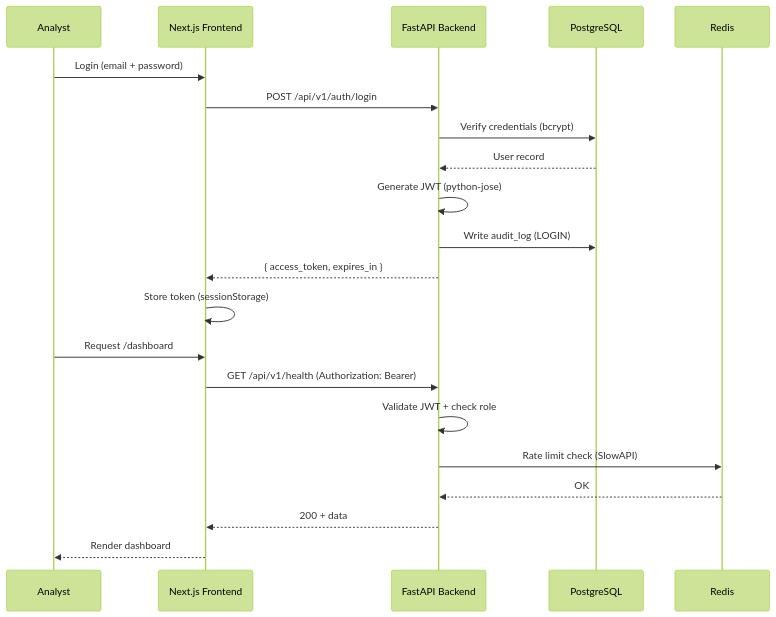
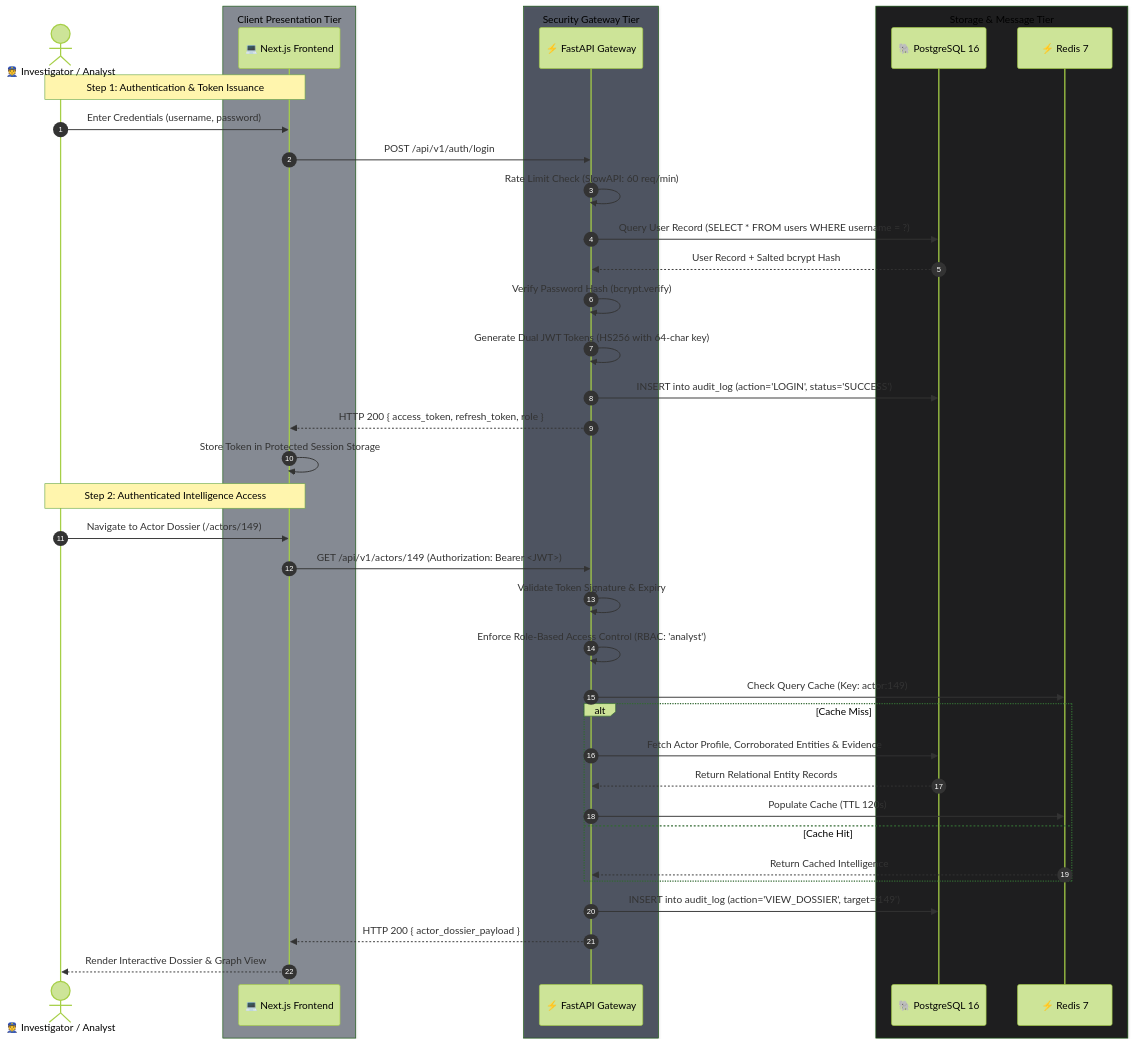
Before and after one commit to Swaggyop/netra: the ninth of 10 diagrams in README.md, drawn with Mermaid (forest theme). The commit also changed other lines of this file, not shown here.

````diff
--- a/README.md
+++ b/README.md
@@ -621,25 +799,44 @@
 ```mermaid
 sequenceDiagram
-    participant U as Analyst
-    participant FE as Next.js Frontend
-    participant API as FastAPI Backend
-    participant DB as PostgreSQL
-    participant R as Redis
+    autonumber
+    actor Analyst as 👮 Investigator / Analyst
+    box rgba(30, 41, 59, 0.5) Client Presentation Tier
+        participant FE as 💻 Next.js Frontend
+    end
+    box rgba(15, 23, 42, 0.7) Security Gateway Tier
+        participant API as ⚡ FastAPI Gateway
+    end
+    box rgba(9, 9, 11, 0.9) Storage & Message Tier
+        participant DB as 🐘 PostgreSQL 16
+        participant RD as ⚡ Redis 7
+    end
 
-    U->>FE: Login (email + password)
+    Note over Analyst,FE: Step 1: Authentication & Token Issuance
+    Analyst->>FE: Enter Credentials (username, password)
     FE->>API: POST /api/v1/auth/login
-    API->>DB: Verify credentials (bcrypt)
-    DB-->>API: User record
-    API->>API: Generate JWT (python-jose)
-    API->>DB: Write audit_log (LOGIN)
-    API-->>FE: { access_token, expires_in }
-    FE->>FE: Store token (sessionStorage)
+    API->>API: Rate Limit Check (SlowAPI: 60 req/min)
+    API->>DB: Query User Record (SELECT * FROM users WHERE username = ?)
+    DB-->>API: User Record + Salted bcrypt Hash
+    API->>API: Verify Password Hash (bcrypt.verify)
+    API->>API: Generate Dual JWT Tokens (HS256 with 64-char key)
+    API->>DB: INSERT into audit_log (action='LOGIN', status='SUCCESS')
+    API-->>FE: HTTP 200 { access_token, refresh_token, role }
+    FE->>FE: Store Token in Protected Session Storage
 
-    U->>FE: Request /dashboard
-    FE->>API: GET /api/v1/health (Authorization: Bearer)
-    API->>API: Validate JWT + check role
-    API->>R: Rate limit check (SlowAPI)
-    R-->>API: OK
-    API-->>FE: 200 + data
-    FE-->>U: Render dashboard
+    Note over Analyst,FE: Step 2: Authenticated Intelligence Access
+    Analyst->>FE: Navigate to Actor Dossier (/actors/149)
+    FE->>API: GET /api/v1/actors/149 (Authorization: Bearer <JWT>)
+    API->>API: Validate Token Signature & Expiry
+    API->>API: Enforce Role-Based Access Control (RBAC: 'analyst')
+    API->>RD: Check Query Cache (Key: actor:149)
+    alt Cache Miss
+        API->>DB: Fetch Actor Profile, Corroborated Entities & Evidence
+        DB-->>API: Return Relational Entity Records
+        API->>RD: Populate Cache (TTL 120s)
+    else Cache Hit
+        RD-->>API: Return Cached Intelligence
+    end
+    API->>DB: INSERT into audit_log (action='VIEW_DOSSIER', target='149')
+    API-->>FE: HTTP 200 { actor_dossier_payload }
+    FE-->>Analyst: Render Interactive Dossier & Graph View
 ```
````
